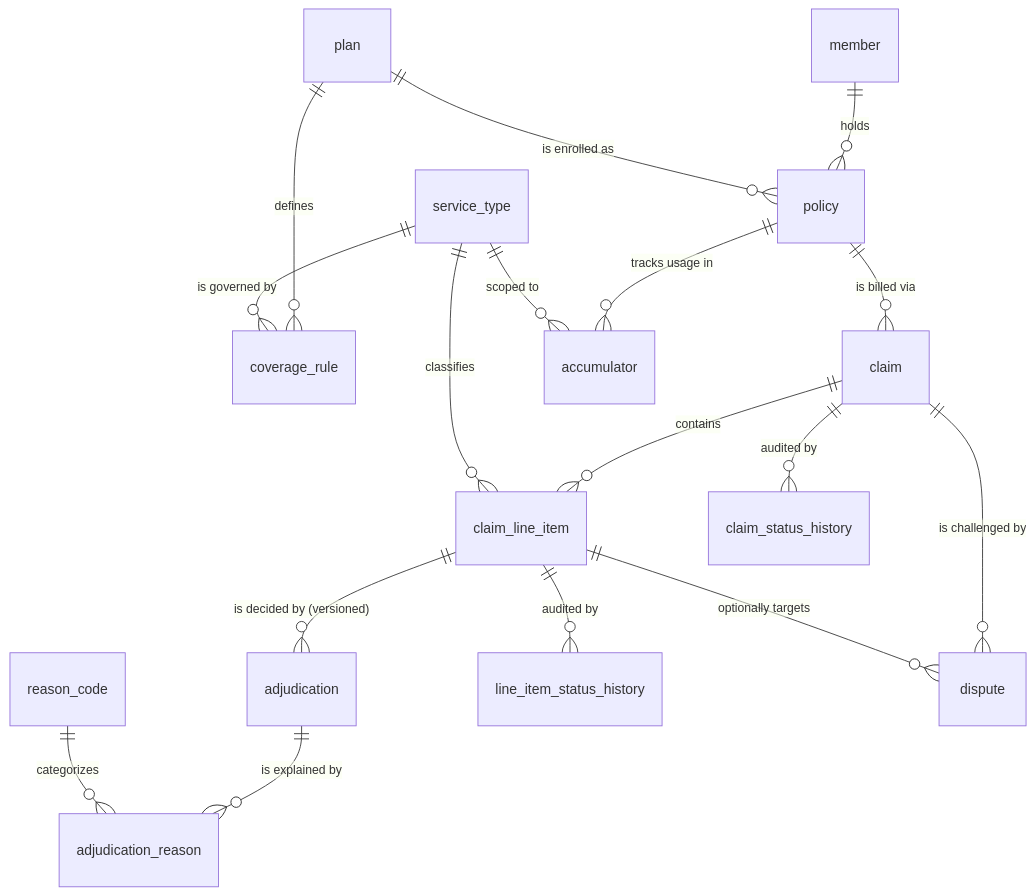
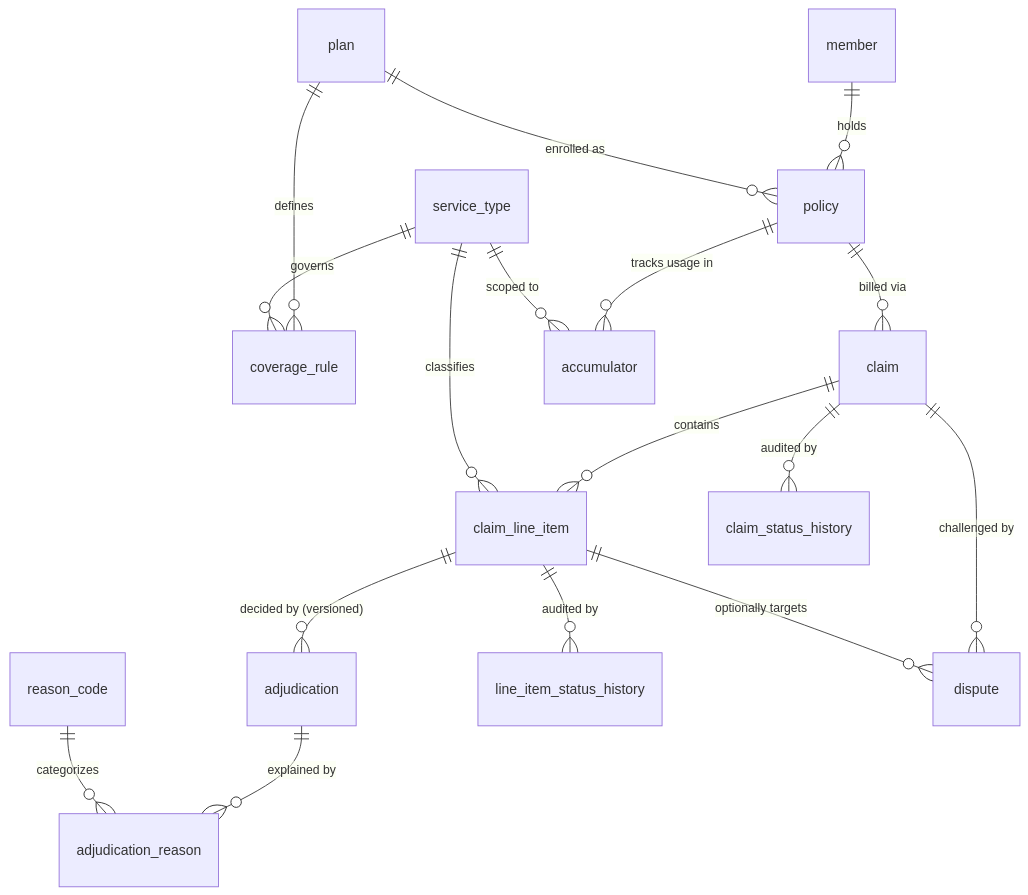
The first of 3 diagrams in backend/docs/domain-model.md (Saurav02022/claims-processing-system), drawn with Mermaid before and after one commit. The commit also changed other lines of this file and 2 other files, not shown here.

First line of the commit message:
docs: recreate domain-model, decisions, and self-review from current code

````diff
--- a/backend/docs/domain-model.md
+++ b/backend/docs/domain-model.md
@@ -81,19 +57,19 @@
 ```mermaid
 erDiagram
-    member ||--o{ policy : "holds"
-    plan ||--o{ policy : "is enrolled as"
-    plan ||--o{ coverage_rule : "defines"
-    service_type ||--o{ coverage_rule : "is governed by"
-    policy ||--o{ claim : "is billed via"
+    member ||--o{ policy : holds
+    plan ||--o{ policy : "enrolled as"
+    plan ||--o{ coverage_rule : defines
+    service_type ||--o{ coverage_rule : governs
+    policy ||--o{ claim : "billed via"
     policy ||--o{ accumulator : "tracks usage in"
     service_type ||--o{ accumulator : "scoped to"
-    claim ||--o{ claim_line_item : "contains"
-    service_type ||--o{ claim_line_item : "classifies"
-    claim_line_item ||--o{ adjudication : "is decided by (versioned)"
-    adjudication ||--o{ adjudication_reason : "is explained by"
-    reason_code ||--o{ adjudication_reason : "categorizes"
+    claim ||--o{ claim_line_item : contains
+    service_type ||--o{ claim_line_item : classifies
+    claim_line_item ||--o{ adjudication : "decided by (versioned)"
+    adjudication ||--o{ adjudication_reason : "explained by"
+    reason_code ||--o{ adjudication_reason : categorizes
     claim ||--o{ claim_status_history : "audited by"
     claim_line_item ||--o{ line_item_status_history : "audited by"
-    claim ||--o{ dispute : "is challenged by"
+    claim ||--o{ dispute : "challenged by"
     claim_line_item ||--o{ dispute : "optionally targets"
 ```
````
